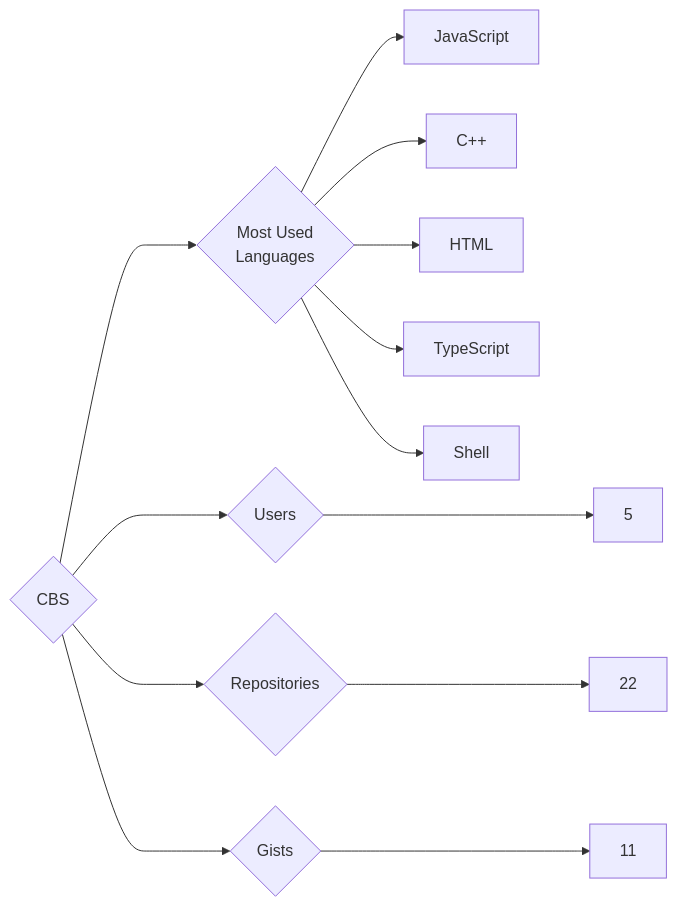
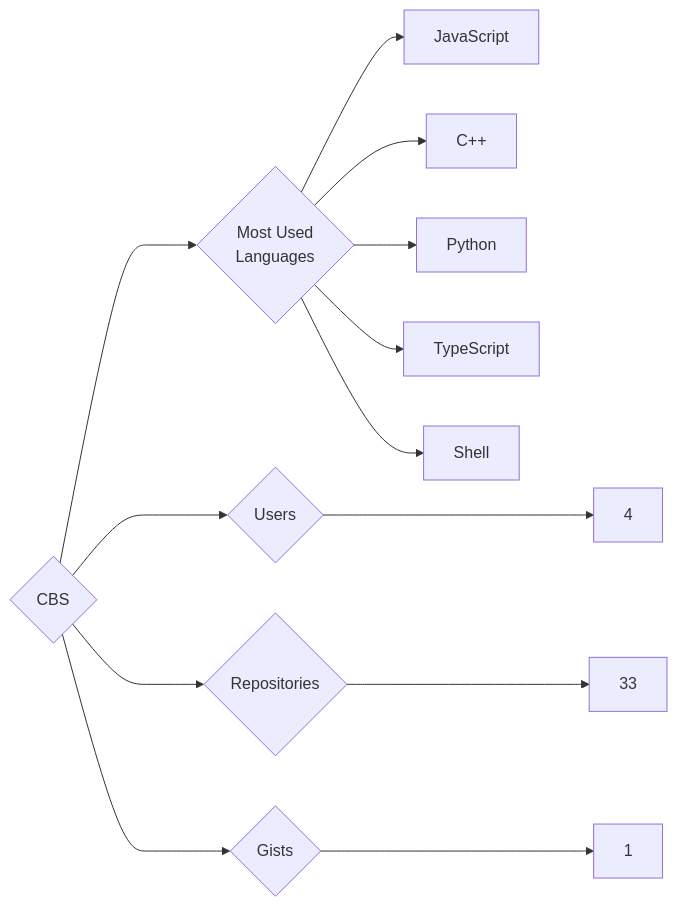
The diagram in targets/CBS/README.md (trickest/insiders), drawn with Mermaid before and after one commit. The commit also changed 938 other files, not shown here.

````diff
--- a/targets/CBS/README.md
+++ b/targets/CBS/README.md
@@ -3,13 +3,13 @@
 ```mermaid
 graph LR
 COMPANY_NAME{CBS}
-COMPANY_NAME ---> U{Users} ---> UN[5]
-COMPANY_NAME ---> R{Repositories} ---> RN[22]
-COMPANY_NAME ---> G{Gists} ---> GN[11]
+COMPANY_NAME ---> U{Users} ---> UN[4]
+COMPANY_NAME ---> R{Repositories} ---> RN[33]
+COMPANY_NAME ---> G{Gists} ---> GN[1]
 COMPANY_NAME ---> ML{Most Used<br>Languages}
 ML --> JavaScript[JavaScript]
 ML --> C++[C++]
-ML --> HTML[HTML]
+ML --> Python[Python]
 ML --> TypeScript[TypeScript]
 ML --> Shell[Shell]
 ```
````
